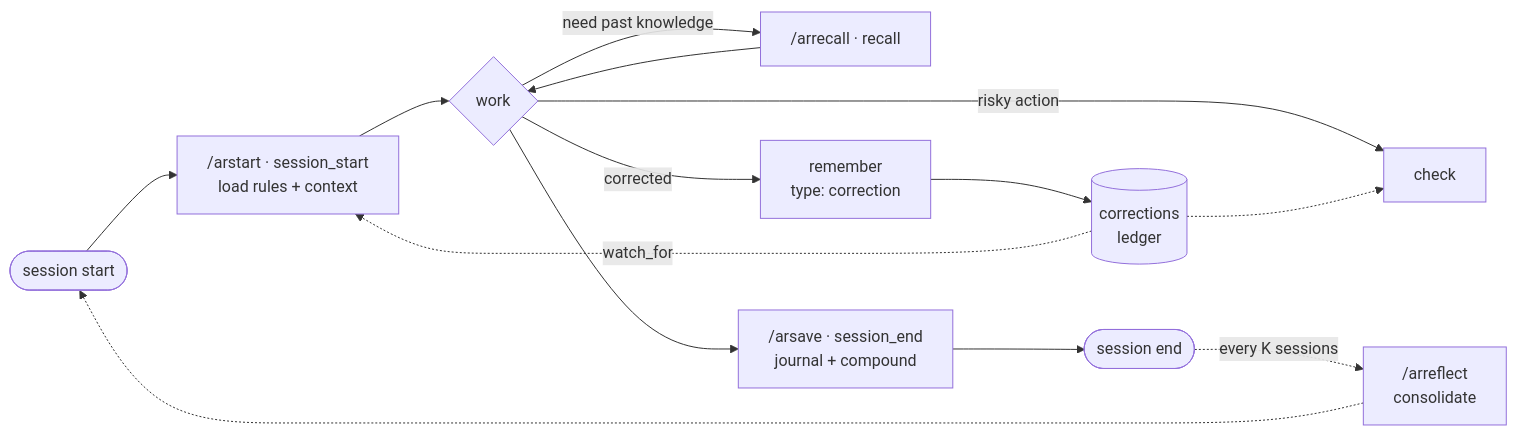
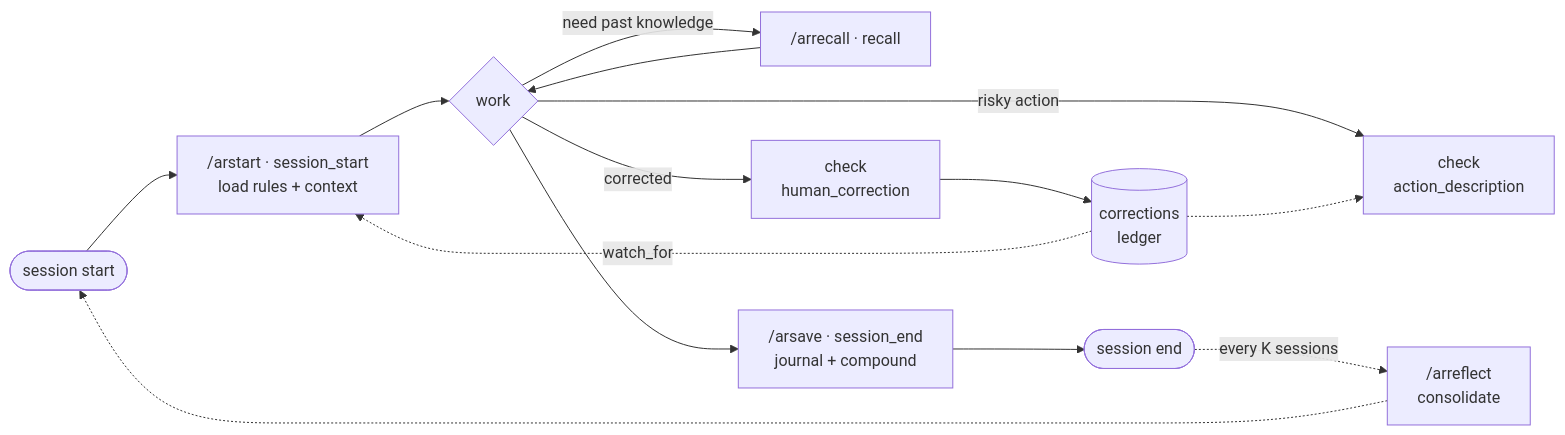
Before and after one commit to Goldentrii/AgentRecall-X: the first of 3 diagrams in README.md, drawn with Mermaid. The commit also changed other lines of this file and 20 other files, not shown here.

````diff
--- a/README.md
+++ b/README.md
@@ -108,16 +193,16 @@
 ```mermaid
 flowchart LR
     A([session start]) --> B["/arstart · session_start<br/>load rules + context"]
     B --> C{work}
     C -->|need past knowledge| D["/arrecall · recall"]
     D --> C
-    C -->|corrected| R["remember<br/>type: correction"]
+    C -->|corrected| R["check<br/>human_correction"]
     R --> L[(corrections<br/>ledger)]
-    C -->|risky action| K["check"]
+    C -->|risky action| K["check<br/>action_description"]
     L -.-> K
     C --> E["/arsave · session_end<br/>journal + compound"]
     E --> F([session end])
     L -. watch_for .-> B
     F -. every K sessions .-> G["/arreflect<br/>consolidate"]
     G -.-> A
 ```
````
